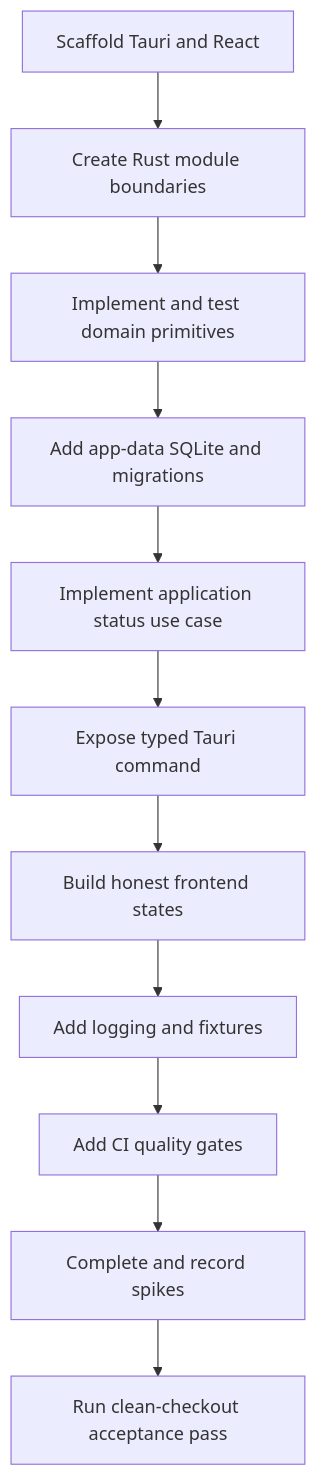
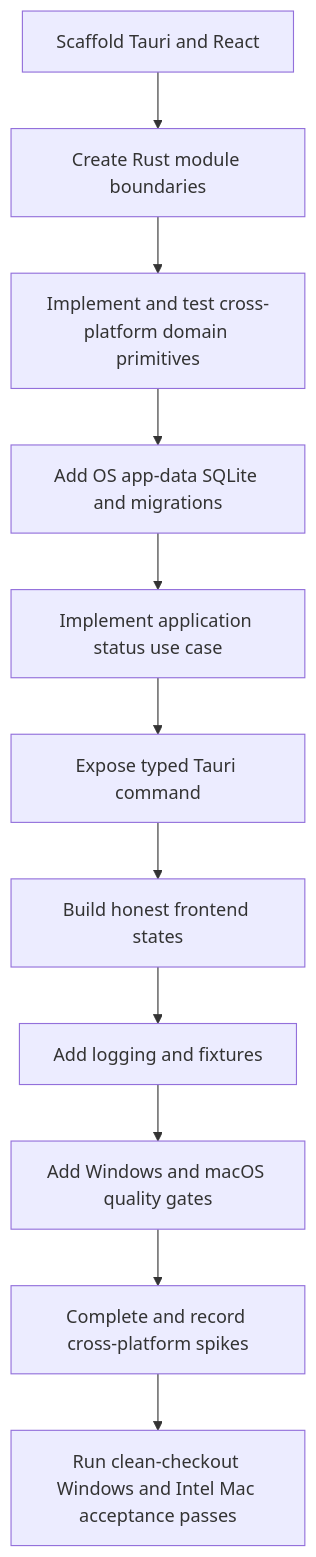
The diagram in planning/sprint-01.md (vuthanhdat/book-library), drawn with Mermaid before and after one commit. The commit also changed other lines of this file, not shown here.

````diff
--- a/planning/sprint-01.md
+++ b/planning/sprint-01.md
@@ -263,13 +299,13 @@
 ```mermaid
 flowchart TD
     A["Scaffold Tauri and React"] --> B["Create Rust module boundaries"]
-    B --> C["Implement and test domain primitives"]
-    C --> D["Add app-data SQLite and migrations"]
+    B --> C["Implement and test cross-platform domain primitives"]
+    C --> D["Add OS app-data SQLite and migrations"]
     D --> E["Implement application status use case"]
     E --> F["Expose typed Tauri command"]
     F --> G["Build honest frontend states"]
     G --> H["Add logging and fixtures"]
-    H --> I["Add CI quality gates"]
-    I --> J["Complete and record spikes"]
-    J --> K["Run clean-checkout acceptance pass"]
+    H --> I["Add Windows and macOS quality gates"]
+    I --> J["Complete and record cross-platform spikes"]
+    J --> K["Run clean-checkout Windows and Intel Mac acceptance passes"]
 ```
````
